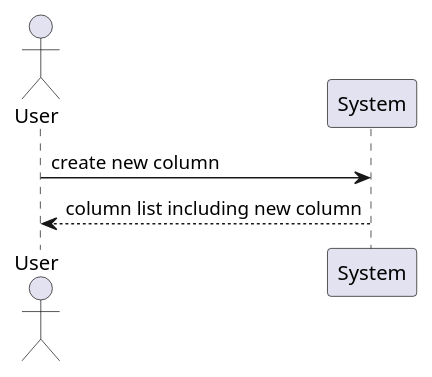
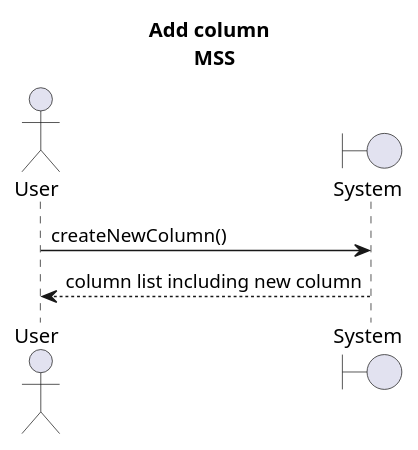
The diagram in diagrams/systemSequenceDiagram/addColumn.puml (Bhamoss/softwareOntwerpProject), drawn with PlantUML before and after one commit. The commit also changed 12 other files, not shown here.

```diff
--- a/diagrams/systemSequenceDiagram/addColumn.puml
+++ b/diagrams/systemSequenceDiagram/addColumn.puml
@@ -1,7 +1,9 @@
 @startuml
+title Add column \n MSS
 Actor User
-User -> System: create new column
+Boundary System
+User -> System: createNewColumn()
 System --> User: column list including new column
 
 
 @enduml
```
